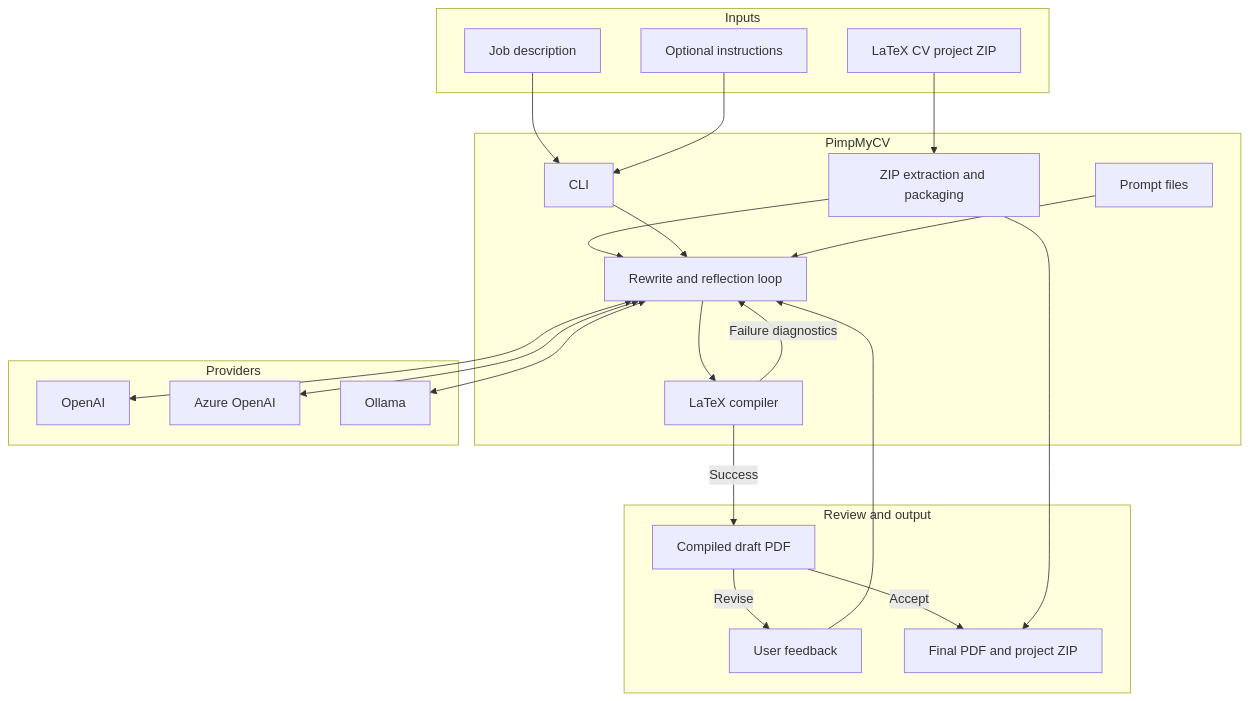
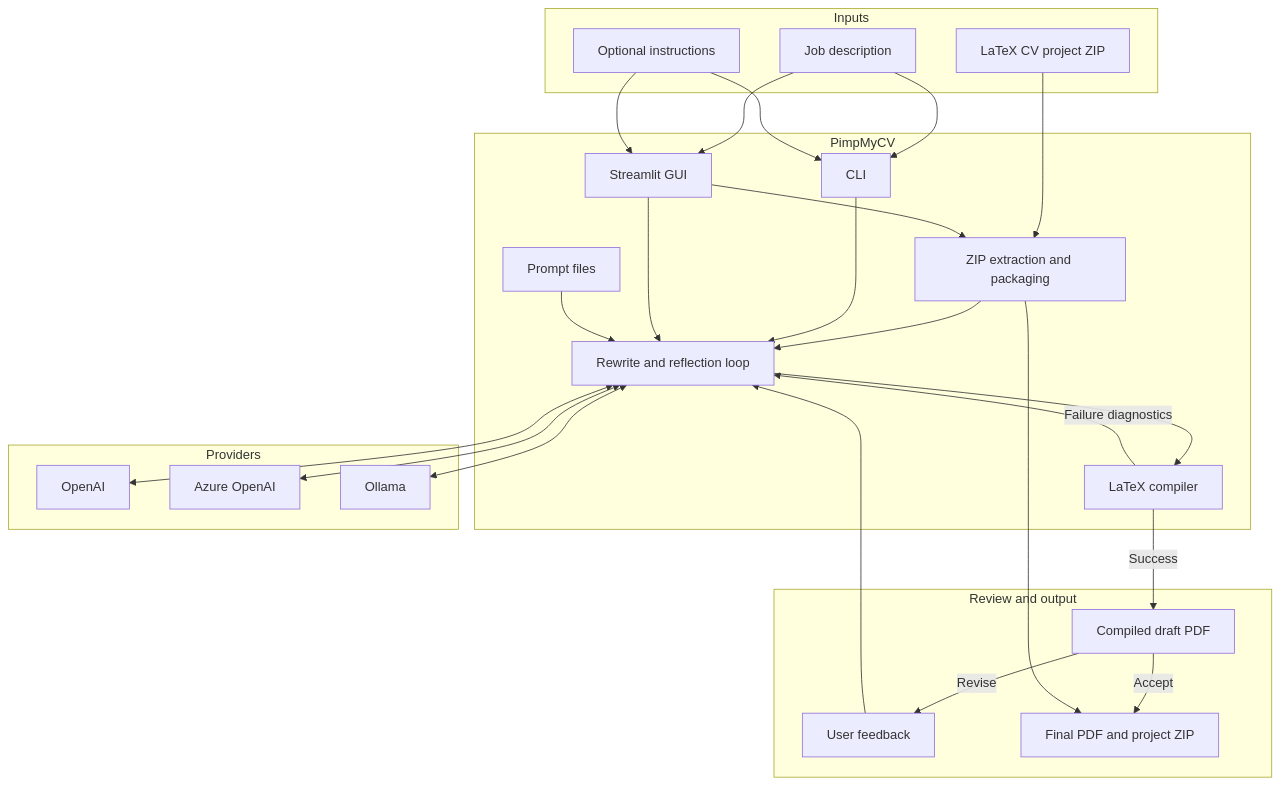
The diagram in README.md (iosifidisvasileios/PimpMyCV), drawn with Mermaid before and after one commit. The commit also changed other lines of this file and 5 other files, not shown here.

Commit message:
Add Streamlit GUI support

````diff
--- a/README.md
+++ b/README.md
@@ -116,43 +135,48 @@
 ```mermaid
 graph TB
     subgraph Inputs
         CV["LaTeX CV project ZIP"]
         Job["Job description"]
         Instructions["Optional instructions"]
     end
 
     subgraph PimpMyCV
         CLI["CLI"]
+        GUI["Streamlit GUI"]
         Archive["ZIP extraction and packaging"]
         Agent["Rewrite and reflection loop"]
         Prompts["Prompt files"]
         Compiler["LaTeX compiler"]
     end
 
     subgraph Providers
         OpenAI["OpenAI"]
         Azure["Azure OpenAI"]
         Ollama["Ollama"]
     end
 
     subgraph Review_and_Output["Review and output"]
         Draft["Compiled draft PDF"]
         Feedback["User feedback"]
         Final["Final PDF and project ZIP"]
     end
 
     CV --> Archive --> Agent
     Job --> CLI
     Instructions --> CLI
+    Job --> GUI
+    Instructions --> GUI
     CLI --> Agent
+    GUI --> Archive
+    GUI --> Agent
     Prompts --> Agent
     Agent <--> OpenAI
     Agent <--> Azure
     Agent <--> Ollama
     Agent --> Compiler
     Compiler -->|Success| Draft
     Compiler -->|Failure diagnostics| Agent
     Draft -->|Revise| Feedback --> Agent
     Draft -->|Accept| Final
     Archive --> Final
 ```
````
